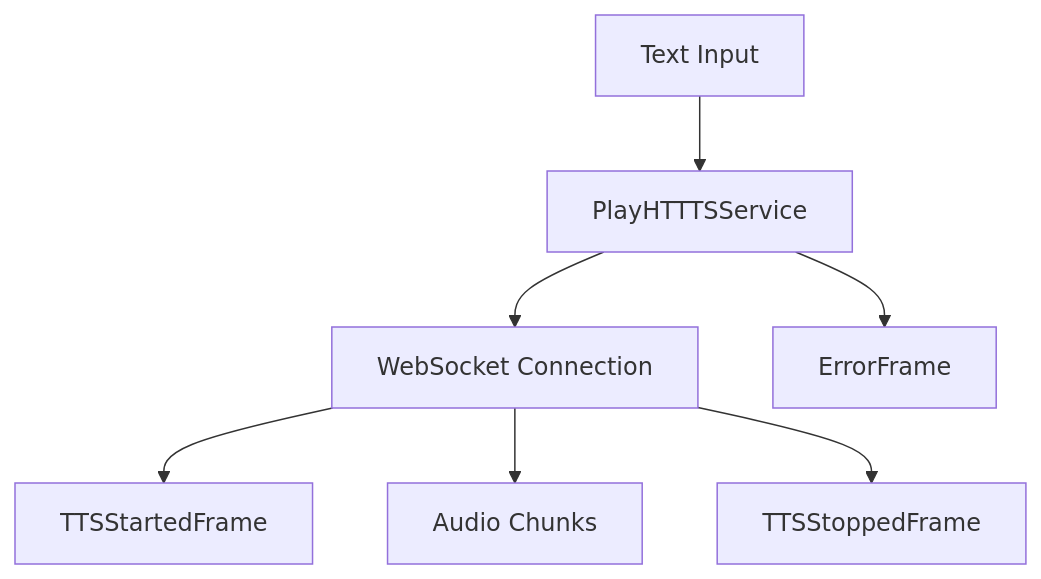
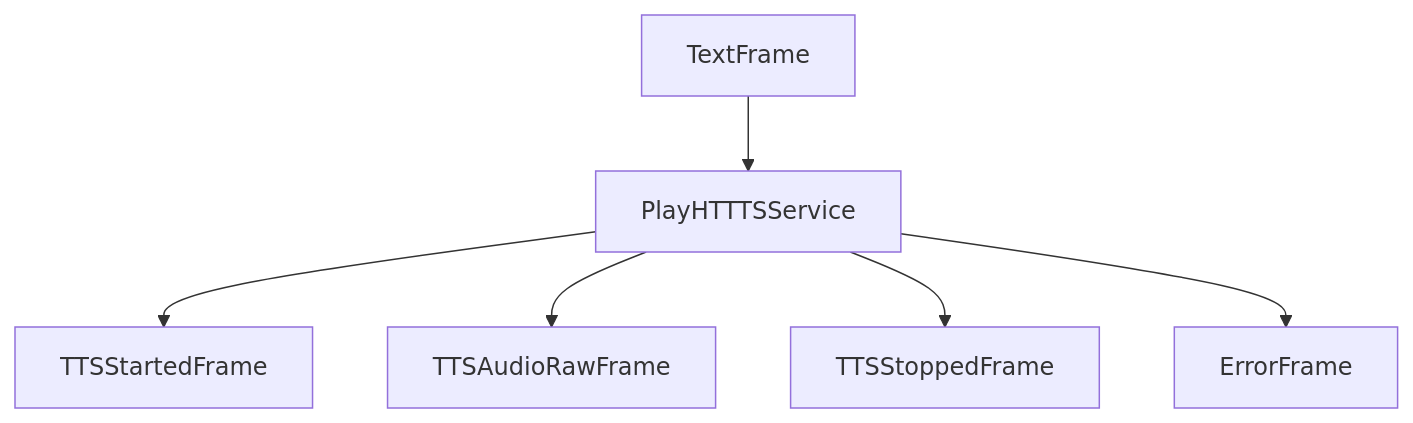
One commit to pipecat-ai/docs changed the first of 2 diagrams in api-reference/services/tts/playht.mdx. Above: the diagram before and after it, drawn with Mermaid. The commit also changed other lines of this file and 25 other files, not shown here.

Commit message:
Clean up Frame Flow diagrams

````diff
--- a/api-reference/services/tts/playht.mdx
+++ b/api-reference/services/tts/playht.mdx
@@ -203,9 +203,8 @@
 ```mermaid
 graph TD
-    A[Text Input] --> B[PlayHTTTSService]
-    B --> C[WebSocket Connection]
-    C --> D[TTSStartedFrame]
-    C --> E[Audio Chunks]
-    C --> F[TTSStoppedFrame]
+    A[TextFrame] --> B[PlayHTTTSService]
+    B --> D[TTSStartedFrame]
+    B --> E[TTSAudioRawFrame]
+    B --> F[TTSStoppedFrame]
     B --> G[ErrorFrame]
 ```
````
